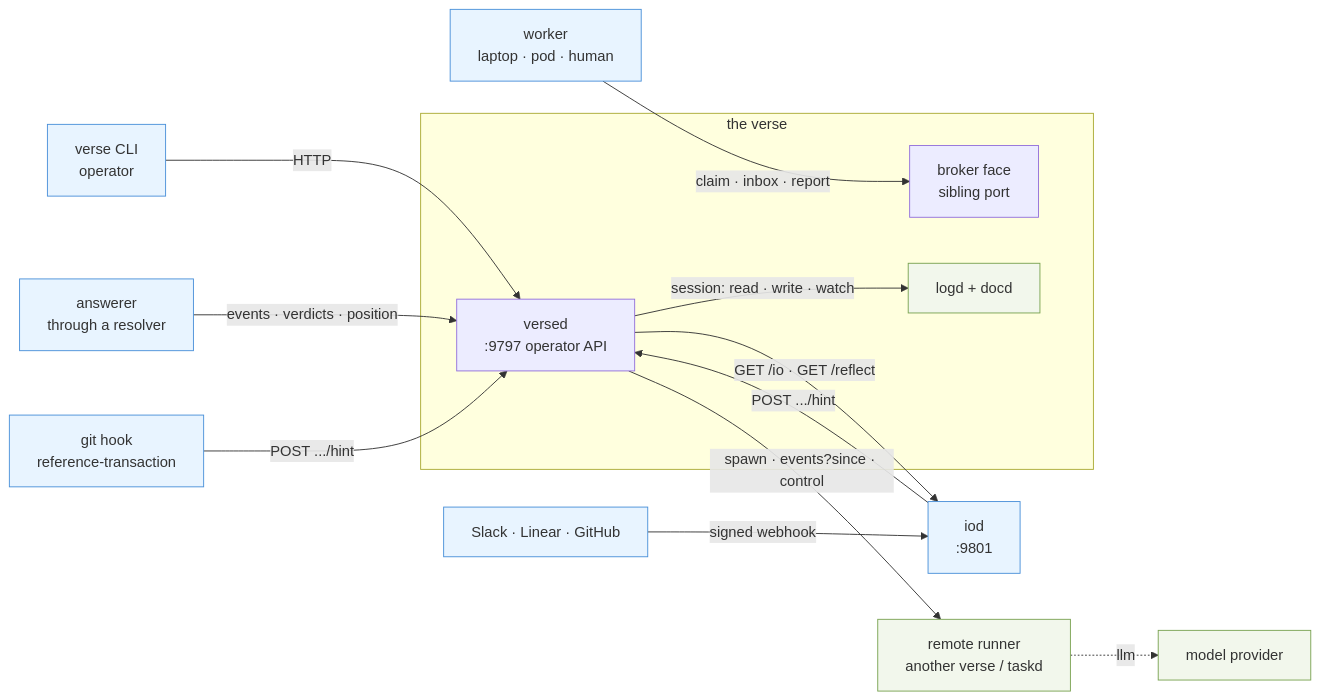
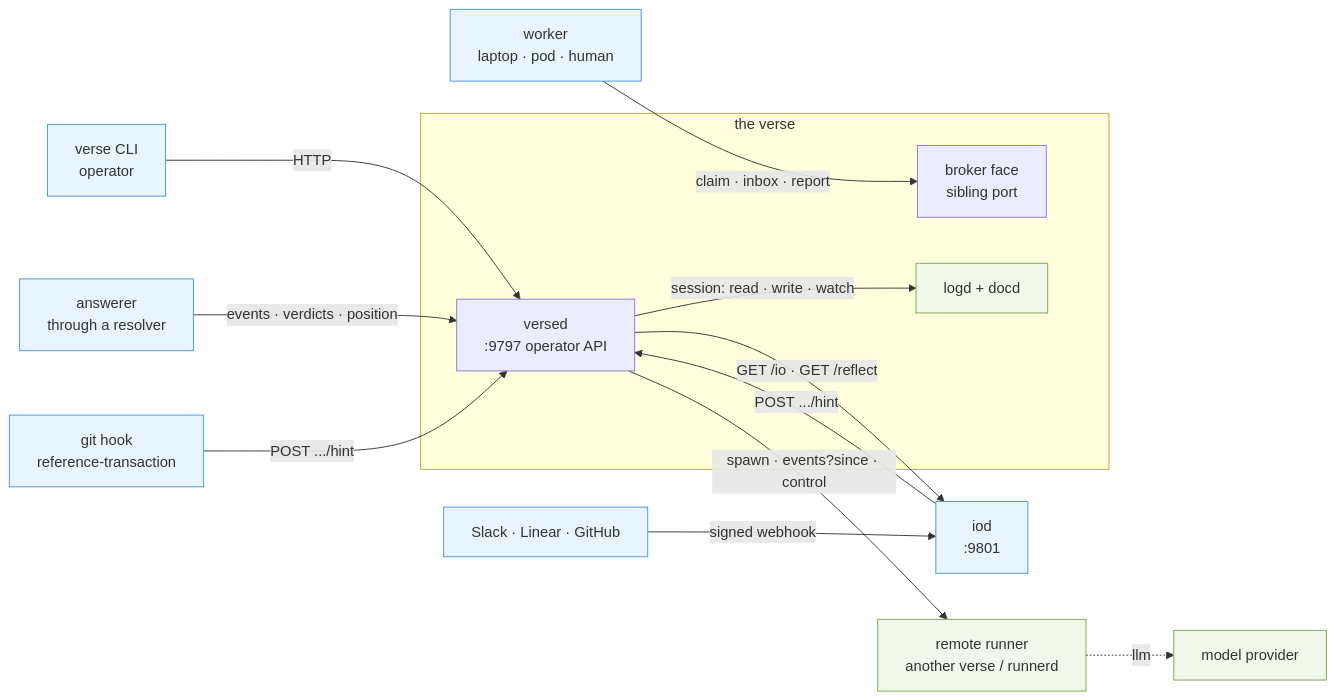
One commit to signadot/viff changed the first of 4 diagrams in docs/seams.md. Above: the diagram before and after it, drawn with Mermaid. The commit also changed other lines of this file and 129 other files, not shown here.

First line of the commit message:
runnerd: the verse runner is a program of its own, and verse up embeds it (#10)

````diff
--- a/docs/seams.md
+++ b/docs/seams.md
@@ -27,35 +27,35 @@
 ```mermaid
 flowchart LR
   cli["verse CLI<br/>operator"]
   res["answerer<br/>through a resolver"]
   worker["worker<br/>laptop · pod · human"]
   wh["Slack · Linear · GitHub"]
   hook["git hook<br/>reference-transaction"]
 
   subgraph host["the verse"]
     versed["versed<br/>:9797 operator API"]
     bface["broker face<br/>sibling port"]
     docd["logd + docd"]
   end
 
-  remote["remote runner<br/>another verse / taskd"]
+  remote["remote runner<br/>another verse / runnerd"]
   src["iod<br/>:9801"]
   llm["model provider"]
 
   cli -->|"HTTP"| versed
   res -->|"events · verdicts · position"| versed
   wh -->|"signed webhook"| src
   hook -->|"POST .../hint"| versed
   worker -->|"claim · inbox · report"| bface
 
   versed -->|"session: read · write · watch"| docd
   versed -->|"spawn · events?since · control"| remote
   versed -->|"GET /io · GET /reflect"| src
   src -->|"POST .../hint"| versed
   remote -.->|"llm"| llm
 
   classDef dialsIn fill:#e8f4ff,stroke:#4a90d9
   classDef dialsOut fill:#f2f7ec,stroke:#7aa352
   class cli,res,worker,wh,hook,src dialsIn
   class remote,llm,docd dialsOut
 ```
````
